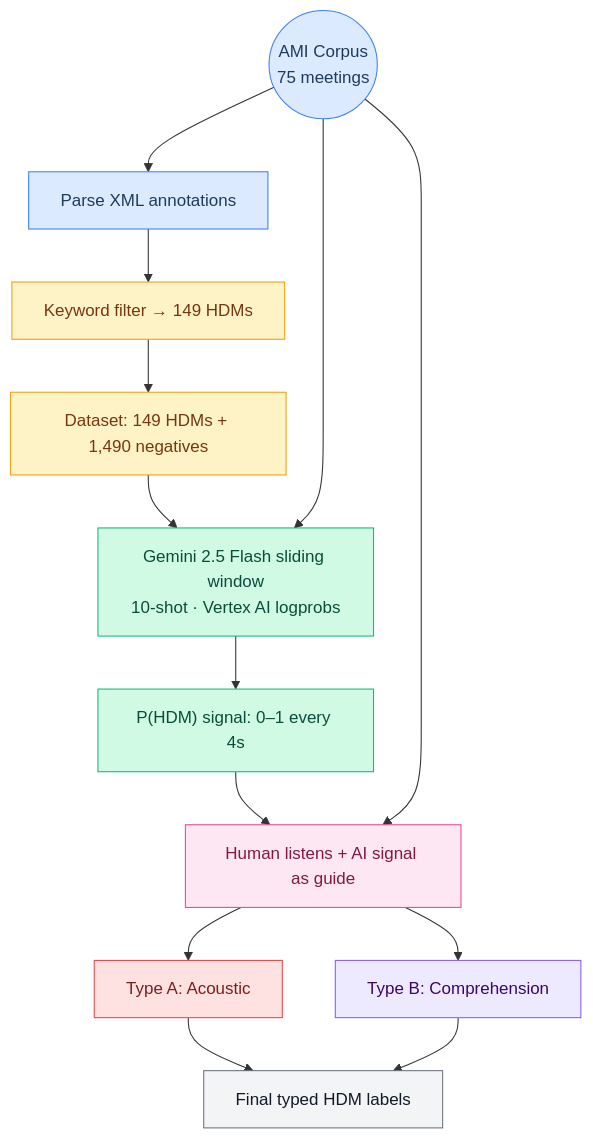
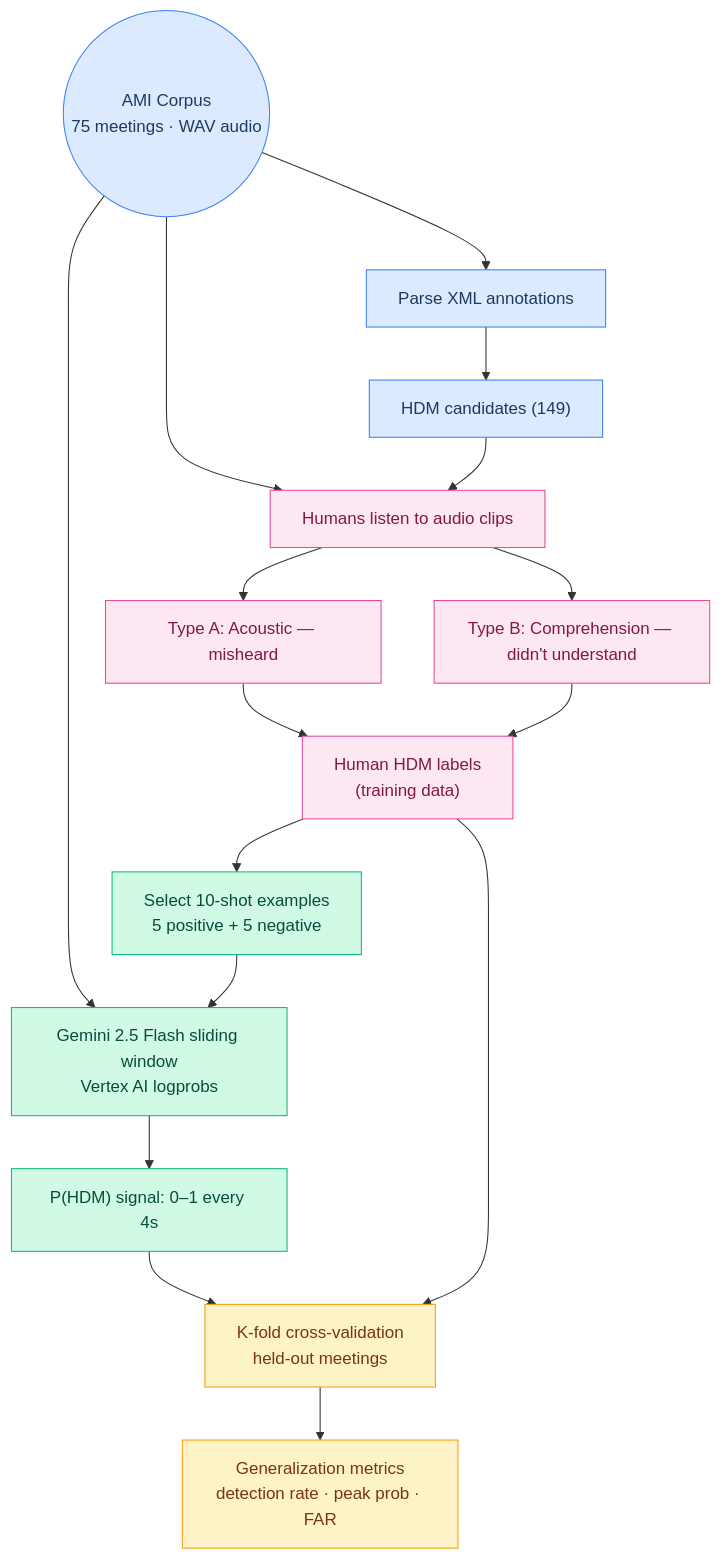
One commit to chozillla/CollinsPaper changed the diagram in README.md. Above: the diagram before and after it, drawn with Mermaid. The commit also changed other lines of this file and 1 other file, not shown here.

First line of the commit message:
Add cross-validation pipeline and update README for human-first labeling flow

````diff
--- a/README.md
+++ b/README.md
@@ -36,26 +34,31 @@
 ```mermaid
 flowchart TB
-    AMI(("AMI Corpus\n75 meetings")) --> PARSE["Parse XML annotations"]
-    PARSE --> FILTER["Keyword filter → 149 HDMs"]
-    FILTER --> DATASET["Dataset: 149 HDMs + 1,490 negatives"]
-    DATASET --> GEMINI["Gemini 2.5 Flash sliding window\n10-shot · Vertex AI logprobs"]
-    AMI --> GEMINI
+    AMI(("AMI Corpus\n75 meetings · WAV audio")) --> PARSE["Parse XML annotations"]
+    PARSE --> CANDIDATES["HDM candidates (149)"]
+    AMI --> HUMAN["Humans listen to audio clips"]
+    CANDIDATES --> HUMAN
+    HUMAN --> TYPEA["Type A: Acoustic — misheard"]
+    HUMAN --> TYPEB["Type B: Comprehension — didn't understand"]
+    TYPEA --> LABELS["Human HDM labels\n(training data)"]
+    TYPEB --> LABELS
+    LABELS --> SHOTS["Select 10-shot examples\n5 positive + 5 negative"]
+    AMI --> GEMINI["Gemini 2.5 Flash sliding window\nVertex AI logprobs"]
+    SHOTS --> GEMINI
     GEMINI --> SIGNAL["P(HDM) signal: 0–1 every 4s"]
-    SIGNAL --> HUMAN["Human listens + AI signal as guide"]
-    AMI --> HUMAN
-    HUMAN --> TYPEA["Type A: Acoustic"]
-    HUMAN --> TYPEB["Type B: Comprehension"]
-    TYPEA --> LABELS["Final typed HDM labels"]
-    TYPEB --> LABELS
+    SIGNAL --> CV["K-fold cross-validation\nheld-out meetings"]
+    LABELS --> CV
+    CV --> RESULT["Generalization metrics\ndetection rate · peak prob · FAR"]
 
     style AMI fill:#dbeafe,stroke:#3b82f6,color:#1e3a5f
     style PARSE fill:#dbeafe,stroke:#3b82f6,color:#1e3a5f
-    style FILTER fill:#fef3c7,stroke:#f59e0b,color:#78350f
-    style DATASET fill:#fef3c7,stroke:#f59e0b,color:#78350f
+    style CANDIDATES fill:#dbeafe,stroke:#3b82f6,color:#1e3a5f
+    style HUMAN fill:#fce7f3,stroke:#ec4899,color:#831843
+    style TYPEA fill:#fce7f3,stroke:#ec4899,color:#831843
+    style TYPEB fill:#fce7f3,stroke:#ec4899,color:#831843
+    style LABELS fill:#fce7f3,stroke:#ec4899,color:#831843
+    style SHOTS fill:#d1fae5,stroke:#10b981,color:#064e3b
     style GEMINI fill:#d1fae5,stroke:#10b981,color:#064e3b
     style SIGNAL fill:#d1fae5,stroke:#10b981,color:#064e3b
-    style HUMAN fill:#fce7f3,stroke:#ec4899,color:#831843
-    style TYPEA fill:#fee2e2,stroke:#ef4444,color:#7f1d1d
-    style TYPEB fill:#ede9fe,stroke:#8b5cf6,color:#3b0764
-    style LABELS fill:#f3f4f6,stroke:#6b7280,color:#111827
+    style CV fill:#fef3c7,stroke:#f59e0b,color:#78350f
+    style RESULT fill:#fef3c7,stroke:#f59e0b,color:#78350f
 ```
````
